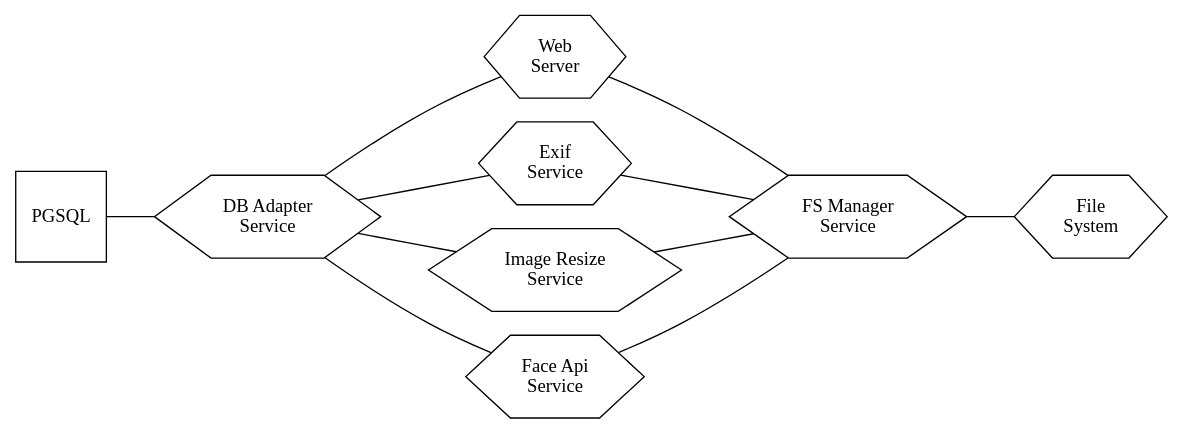
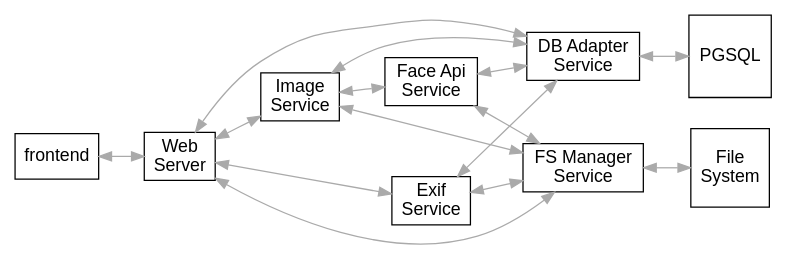
Before and after one commit to Yokeshthirumoorthi/kuruvi: the diagram in docs/architecture-diagram.dot, drawn with Graphviz. The commit also changed 1 other file, not shown here.

```diff
--- a/docs/architecture-diagram.dot
+++ b/docs/architecture-diagram.dot
@@ -1,28 +1,57 @@
 /***********************************************************
 
 		To generate architecture diagram, run the below
 		command from the root of the project
 
 		$ dot -Tpng docs/architecture-diagram.dot -o docs/img/architecture-diagram.png
 
 ************************************************************/
 
 digraph finite_state_machine {
-	rankdir=LR;
-//	size="4,4";
-	node [shape=polygon, sides=6]
-	edge [arrowhead=none]
+  rankdir=LR;
+	size="8,4";
+	// square brackets hold attributes
+	node [fontname=Arial
+				fixedsize=false
+				shape=polygon
+				sides=4]
+	edge [arrowhead=normal
+				dir=both
+				color="#aaaaaa"]
 
-  // square brackets hold attributes
-  ws [ label="Web \nServer" ]
-	db_adapter [ label="DB Adapter \nService"]
-  exif [ label="Exif \nService"]
-	img_resize [ label="Image Resize \nService"]
-	face_api [ label="Face Api \nService"]
-	fs_manager [ label="FS Manager \nService"]
-	fs [ label="File \nSystem"]
-  db [ label="PGSQL" shape="square", rank="0" ]
+  ws 					[ label="Web \nServer" ]
+	db_adapter 	[ label="DB Adapter \nService"]
+  exif 				[ label="Exif \nService"]
+	img_resize 	[ label="Image \nService"]
+	face_api 		[ label="Face Api \nService"]
+	fs_manager 	[ label="FS Manager \nService"]
+	fs 					[ label="File \nSystem"
+								shape="square"]
+  db 					[ label="PGSQL"
+								shape="square"]
+	frontend 		[ shape="box"]
 
-	db -> db_adapter -> {ws, exif, face_api, img_resize}
-	-> fs_manager -> fs
+	/*****************************
+	 Do the image meta processing as
+	 soon the image is uploaded
+	*****************************/
+	frontend -> ws -> {exif, img_resize}
+
+	/*****************************
+		And these services are expected to run async
+	*****************************/
+	{rank=L1; exif, img_resize}
+	{rank=L2; db_adapter, fs_manager}
+
+	/*****************************
+		All the services are connected
+		to db and file system
+	*****************************/
+	{ws, exif, face_api, img_resize}
+		-> db_adapter	-> db
+
+	{ws, exif, face_api, img_resize}
+		-> fs_manager -> fs
+
+	img_resize -> face_api
 }
```
